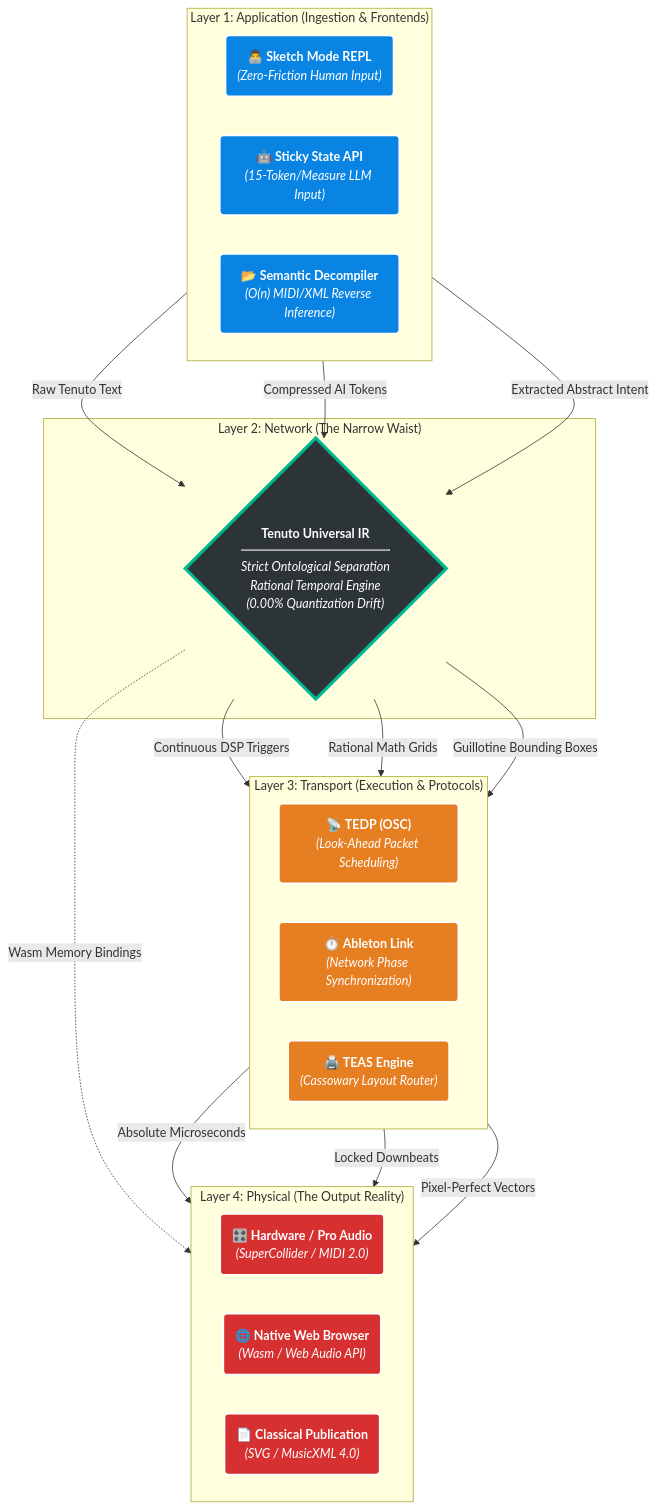
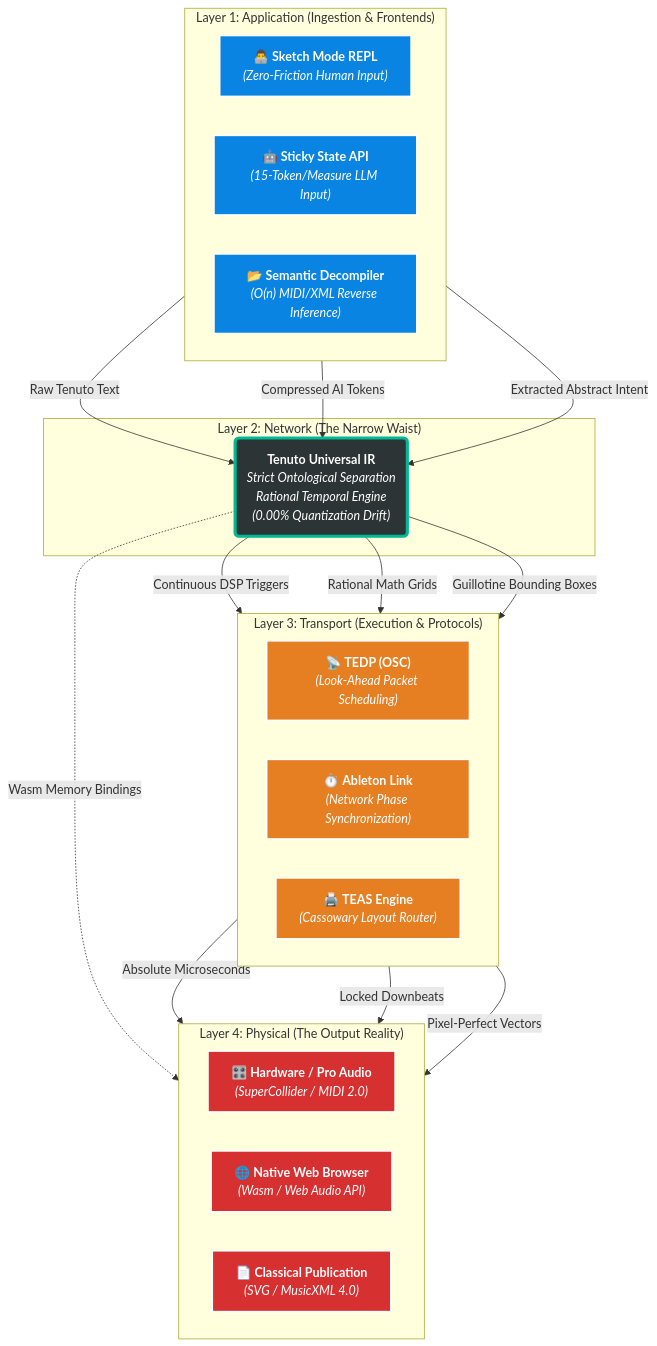
The second of 2 diagrams in README.md (alec-borman/TenutoNotationLanguage), drawn with Mermaid before and after one commit.

````diff
--- a/README.md
+++ b/README.md
@@ -98,53 +98,54 @@
 ```mermaid
 graph TD
     %% Styling Definitions
     classDef layer1 fill:#0984e3,stroke:#fff,stroke-width:2px,color:#fff;
     classDef layer2 fill:#2d3436,stroke:#00b894,stroke-width:4px,color:#fff;
     classDef layer3 fill:#e67e22,stroke:#fff,stroke-width:2px,color:#fff;
     classDef layer4 fill:#d63031,stroke:#fff,stroke-width:2px,color:#fff;
 
     %% LAYER 1: APPLICATION
     subgraph L1["Layer 1: Application (Ingestion & Frontends)"]
         direction LR
-        A1("👨‍💻 <b>Sketch Mode REPL</b><br/><i>(Zero-Friction Human Input)</i>"):::layer1
-        A2("🤖 <b>Sticky State API</b><br/><i>(15-Token/Measure LLM Input)</i>"):::layer1
-        A3("📂 <b>Semantic Decompiler</b><br/><i>(O(n) MIDI/XML Reverse Inference)</i>"):::layer1
+        A1["👨‍💻 <b>Sketch Mode REPL</b><br/><i>(Zero-Friction Human Input)</i>"]:::layer1
+        A2["🤖 <b>Sticky State API</b><br/><i>(15-Token/Measure LLM Input)</i>"]:::layer1
+        A3["📂 <b>Semantic Decompiler</b><br/><i>(O(n) MIDI/XML Reverse Inference)</i>"]:::layer1
     end
 
     %% LAYER 2: NETWORK (THE NARROW WAIST)
     subgraph L2["Layer 2: Network (The Narrow Waist)"]
-        IR{"<b>Tenuto Universal IR</b><br/><hr/><i>Strict Ontological Separation<br/>Rational Temporal Engine<br/>(0.00% Quantization Drift)</i>"}:::layer2
+        %% Changed from a diamond {} to a rounded rectangle () to fix text clipping
+        IR("<b>Tenuto Universal IR</b><br/><i>Strict Ontological Separation<br/>Rational Temporal Engine<br/>(0.00% Quantization Drift)</i>"):::layer2
     end
 
     %% LAYER 3: TRANSPORT
     subgraph L3 ["Layer 3: Transport (Execution & Protocols)"]
         direction LR
-        T1("📡 <b>TEDP (OSC)</b><br/><i>(Look-Ahead Packet Scheduling)</i>"):::layer3
-        T2("⏱️ <b>Ableton Link</b><br/><i>(Network Phase Synchronization)</i>"):::layer3
-        T3("🖨️ <b>TEAS Engine</b><br/><i>(Cassowary Layout Router)</i>"):::layer3
+        T1["📡 <b>TEDP (OSC)</b><br/><i>(Look-Ahead Packet Scheduling)</i>"]:::layer3
+        T2["⏱️ <b>Ableton Link</b><br/><i>(Network Phase Synchronization)</i>"]:::layer3
+        T3["🖨️ <b>TEAS Engine</b><br/><i>(Cassowary Layout Router)</i>"]:::layer3
     end
 
     %% LAYER 4: PHYSICAL
     subgraph L4 ["Layer 4: Physical (The Output Reality)"]
         direction LR
-        P1("🎛️ <b>Hardware / Pro Audio</b><br/><i>(SuperCollider / MIDI 2.0)</i>"):::layer4
-        P2("🌐 <b>Native Web Browser</b><br/><i>(Wasm / Web Audio API)</i>"):::layer4
-        P3("📄 <b>Classical Publication</b><br/><i>(SVG / MusicXML 4.0)</i>"):::layer4
+        P1["🎛️ <b>Hardware / Pro Audio</b><br/><i>(SuperCollider / MIDI 2.0)</i>"]:::layer4
+        P2["🌐 <b>Native Web Browser</b><br/><i>(Wasm / Web Audio API)</i>"]:::layer4
+        P3["📄 <b>Classical Publication</b><br/><i>(SVG / MusicXML 4.0)</i>"]:::layer4
     end
 
     %% Edge Connections (The Hourglass Flow)
     A1 -->|Raw Tenuto Text| IR
     A2 -->|Compressed AI Tokens| IR
     A3 -->|Extracted Abstract Intent| IR
 
     IR -->|Continuous DSP Triggers| T1
     IR -->|Rational Math Grids| T2
     IR -->|Guillotine Bounding Boxes| T3
     
     %% Direct Wasm route mapping Transport to Web
     IR -.->|Wasm Memory Bindings| P2
 
     T1 -->|Absolute Microseconds| P1
     T2 -->|Locked Downbeats| P1
     T3 -->|Pixel-Perfect Vectors| P3
 ```
````
